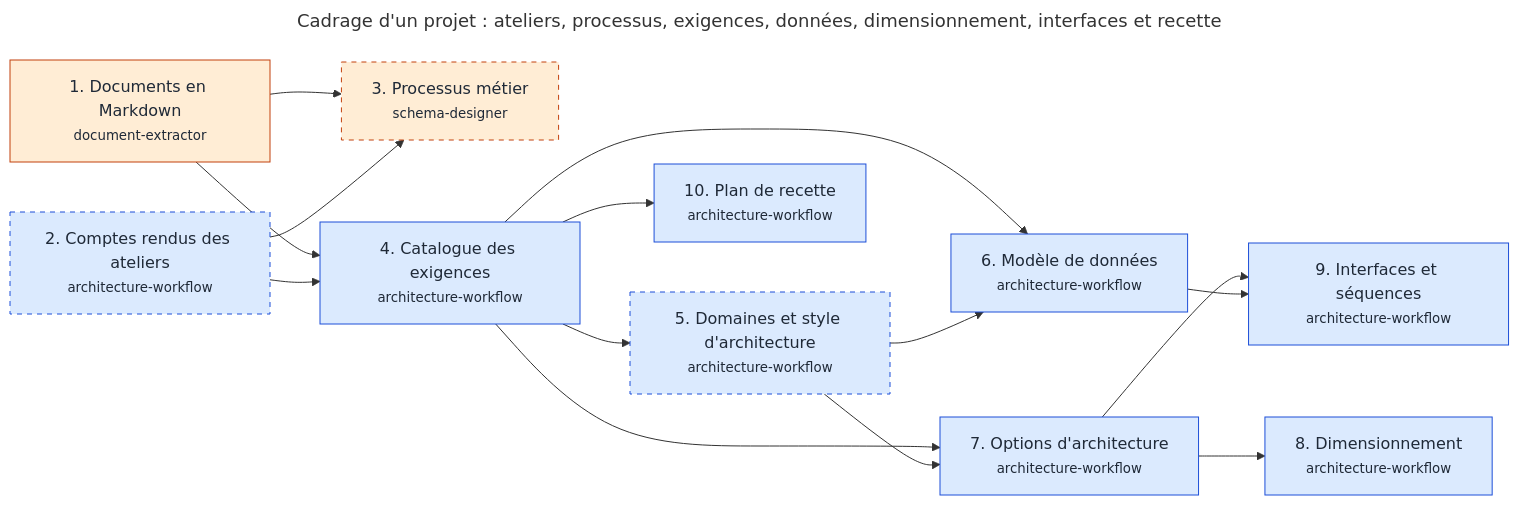
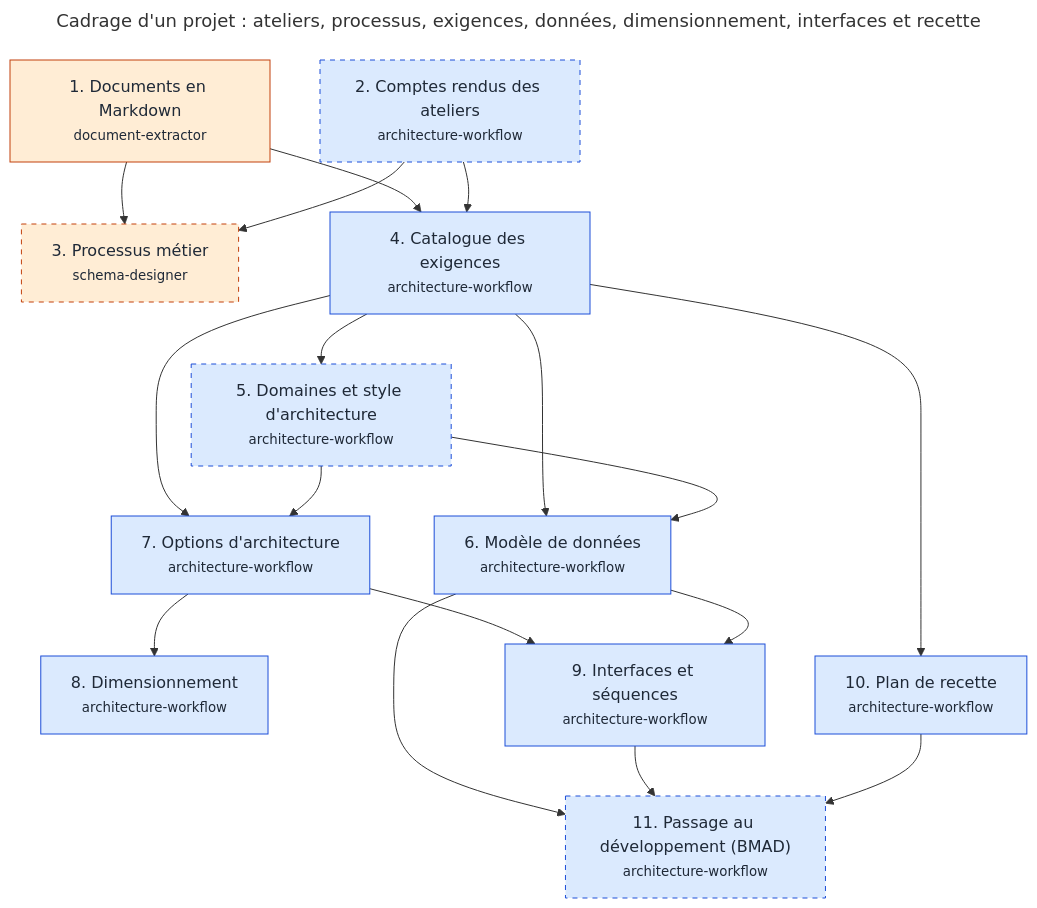
The diagram in docs/workflows/cadrage.md (RenaudVanhille/myskills), drawn with Mermaid before and after one commit. The commit also changed other lines of this file and 32 other files, not shown here.

````diff
--- a/docs/workflows/cadrage.md
+++ b/docs/workflows/cadrage.md
@@ -17,35 +17,39 @@
 ```mermaid
 ---
 title: "Cadrage d'un projet : ateliers, processus, exigences, données, dimensionnement, interfaces et recette"
 ---
-flowchart LR
+flowchart TD
   s_documents["1. Documents en Markdown<br/><small>document-extractor</small>"]
   s_comptes_rendus["2. Comptes rendus des ateliers<br/><small>architecture-workflow</small>"]
   s_processus["3. Processus métier<br/><small>schema-designer</small>"]
   s_exigences["4. Catalogue des exigences<br/><small>architecture-workflow</small>"]
   s_domaines["5. Domaines et style d'architecture<br/><small>architecture-workflow</small>"]
   s_modele_donnees["6. Modèle de données<br/><small>architecture-workflow</small>"]
   s_architectures["7. Options d'architecture<br/><small>architecture-workflow</small>"]
   s_dimensionnement["8. Dimensionnement<br/><small>architecture-workflow</small>"]
   s_interfaces["9. Interfaces et séquences<br/><small>architecture-workflow</small>"]
   s_recette["10. Plan de recette<br/><small>architecture-workflow</small>"]
+  s_developpement["11. Passage au développement (BMAD)<br/><small>architecture-workflow</small>"]
   s_documents --> s_processus
   s_comptes_rendus --> s_processus
   s_documents --> s_exigences
   s_comptes_rendus --> s_exigences
   s_exigences --> s_domaines
   s_exigences --> s_modele_donnees
   s_domaines --> s_modele_donnees
   s_exigences --> s_architectures
   s_domaines --> s_architectures
   s_architectures --> s_dimensionnement
   s_architectures --> s_interfaces
   s_modele_donnees --> s_interfaces
   s_exigences --> s_recette
+  s_modele_donnees --> s_developpement
+  s_interfaces --> s_developpement
+  s_recette --> s_developpement
   classDef moteur fill:#dbeafe,stroke:#1d4ed8,color:#1f2937
   classDef agent fill:#ffedd5,stroke:#c2410c,color:#1f2937
   classDef facultative stroke-dasharray:5 5
-  class s_comptes_rendus,s_exigences,s_domaines,s_modele_donnees,s_architectures,s_dimensionnement,s_interfaces,s_recette moteur
+  class s_comptes_rendus,s_exigences,s_domaines,s_modele_donnees,s_architectures,s_dimensionnement,s_interfaces,s_recette,s_developpement moteur
   class s_documents,s_processus agent
-  class s_comptes_rendus,s_processus,s_domaines facultative
+  class s_comptes_rendus,s_processus,s_domaines,s_developpement facultative
 ```
````
